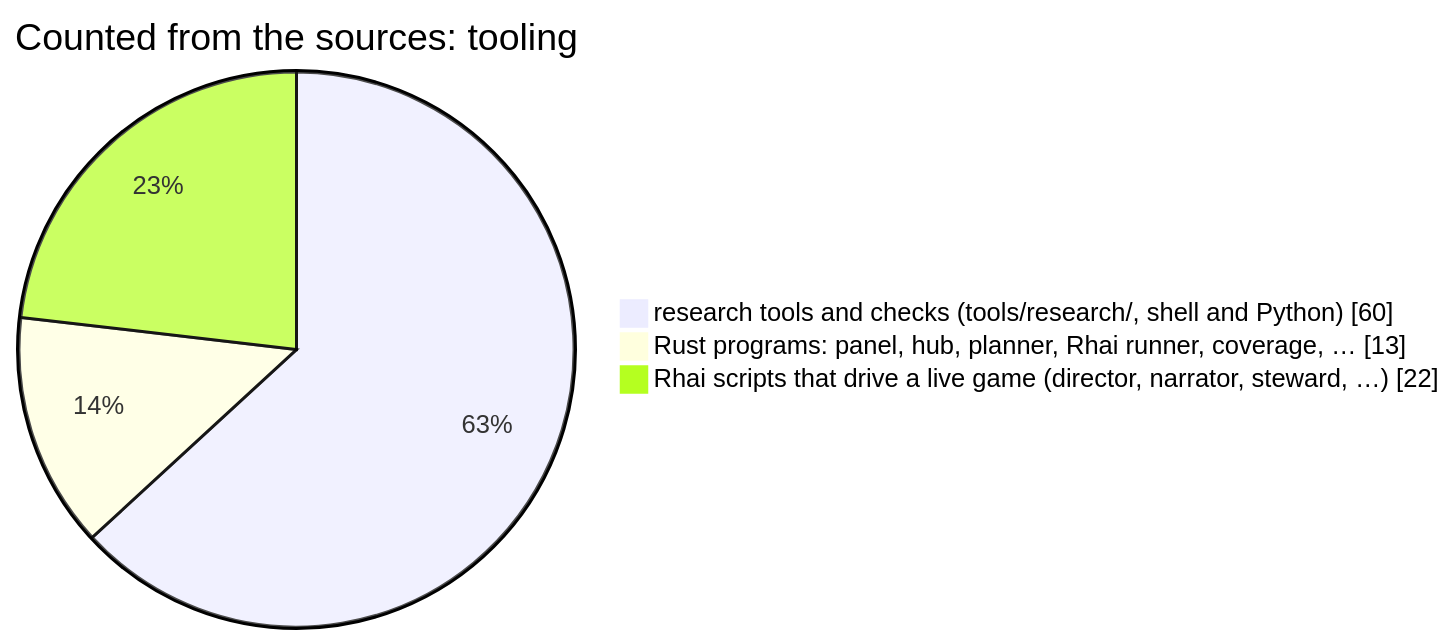
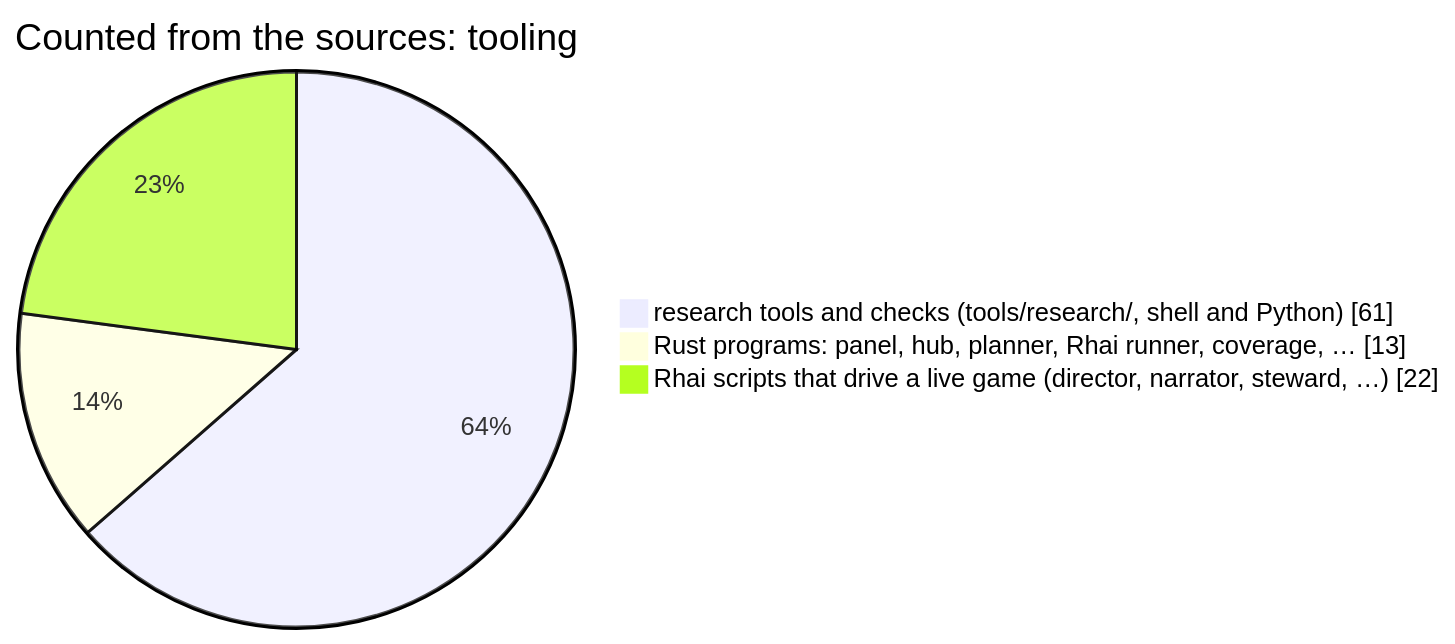
Before and after one commit to korczis/OpenTTD: the seventh of 12 diagrams in README.md, drawn with Mermaid. The commit also changed other lines of this file and 8 other files, not shown here.

````diff
--- a/README.md
+++ b/README.md
@@ -802,6 +802,6 @@
 ```mermaid
 pie showData title Counted from the sources: tooling
-    "research tools and checks (tools/research/, shell and Python)" : 60
+    "research tools and checks (tools/research/, shell and Python)" : 61
     "Rust programs: panel, hub, planner, Rhai runner, coverage, …" : 13
     "Rhai scripts that drive a live game (director, narrator, steward, …)" : 22
 ```
````
